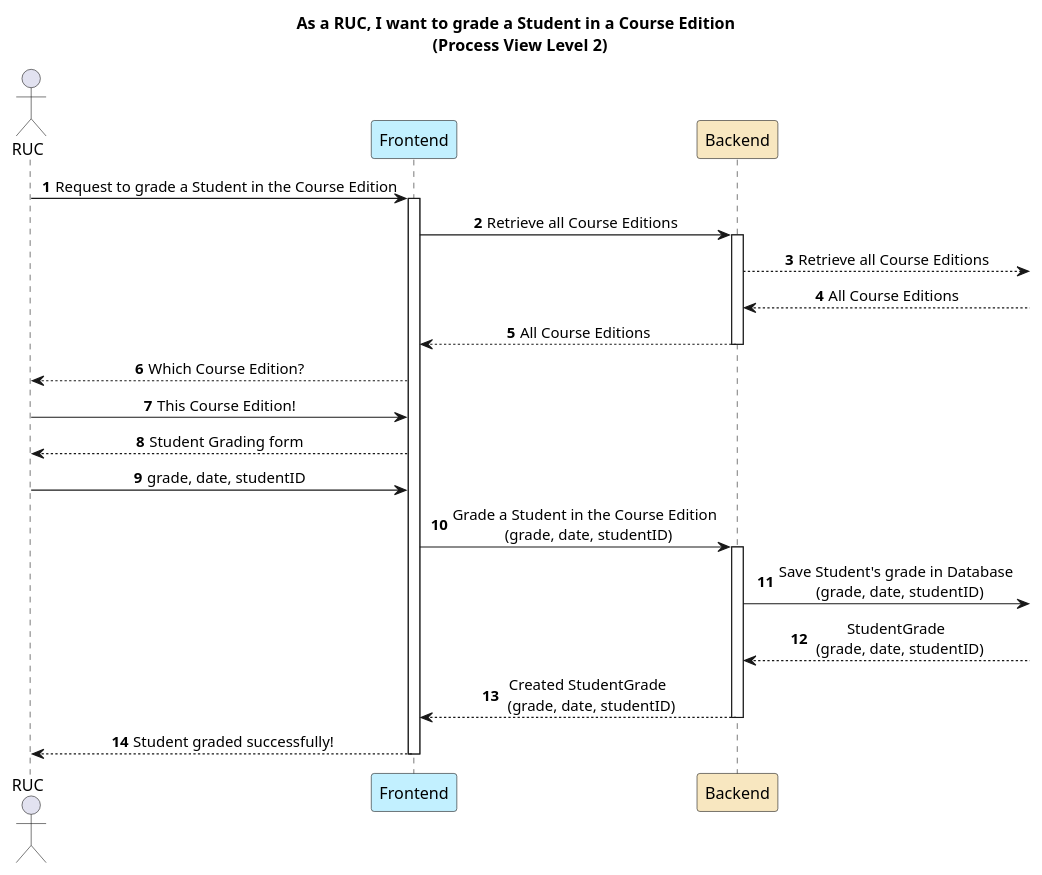
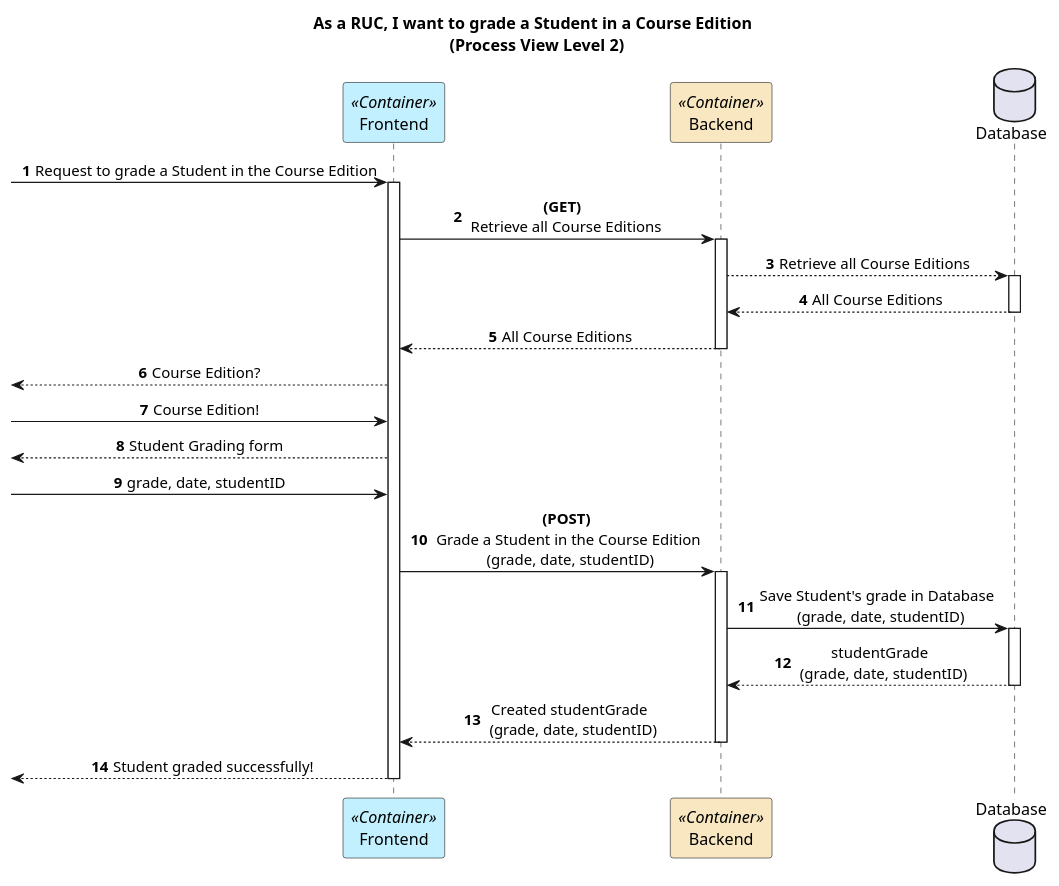
The diagram in docs/US22/REST_API/ProcessView/Level2.puml (GasparISEP/DevOps-PAI), drawn with PlantUML before and after one commit. The commit also changed 8 other files, not shown here.

Commit message:
Refs #560: Create simple level 1 ScenarioView UseCase diagram + alterations to ProcessView diagrams regarding C4 and 4+1 best practices

```diff
--- a/docs/US22/REST_API/ProcessView/Level2.puml
+++ b/docs/US22/REST_API/ProcessView/Level2.puml
@@ -1,37 +1,41 @@
 @startuml
 
 autonumber
 title As a RUC, I want to grade a Student in a Course Edition \n (Process View Level 2)
 
 skinparam sequencemessagealign center
 
-actor RUC as RUC
-participant "Frontend" as FE #application
-participant "Backend" as BE #strategy
+participant "Frontend" as FE <<Container>> #application
+participant "Backend" as BE <<Container>> #strategy
+database Database
 
 
-RUC -> FE : Request to grade a Student in the Course Edition
+ -> FE : Request to grade a Student in the Course Edition
 activate FE
 
 
-FE -> BE : Retrieve all Course Editions
+FE -> BE : **(GET)** \n Retrieve all Course Editions
 activate BE
-BE --> : Retrieve all Course Editions
-BE <--  : All Course Editions
+BE --> Database : Retrieve all Course Editions
+activate Database
+BE <-- Database : All Course Editions
+deactivate Database
 BE --> FE : All Course Editions
 deactivate BE
-FE --> RUC : Which Course Edition?
-RUC -> FE : This Course Edition!
+ <-- FE : Course Edition?
+ -> FE : Course Edition!
 
-FE --> RUC: Student Grading form
-RUC -> FE: grade, date, studentID
-FE -> BE : Grade a Student in the Course Edition \n (grade, date, studentID)
+ <-- FE: Student Grading form
+ -> FE: grade, date, studentID
+FE -> BE : **(POST)** \n Grade a Student in the Course Edition \n (grade, date, studentID)
 activate BE
-BE ->  : Save Student's grade in Database \n (grade, date, studentID)
-BE <--  : StudentGrade \n (grade, date, studentID)
-BE --> FE: Created StudentGrade \n (grade, date, studentID)
+BE ->  Database : Save Student's grade in Database \n (grade, date, studentID)
+activate Database
+BE <-- Database : studentGrade \n (grade, date, studentID)
+deactivate Database
+BE --> FE: Created studentGrade \n (grade, date, studentID)
 deactivate BE
-FE --> RUC: Student graded successfully!
+ <-- FE: Student graded successfully!
 deactivate FE
 
 @enduml
```
